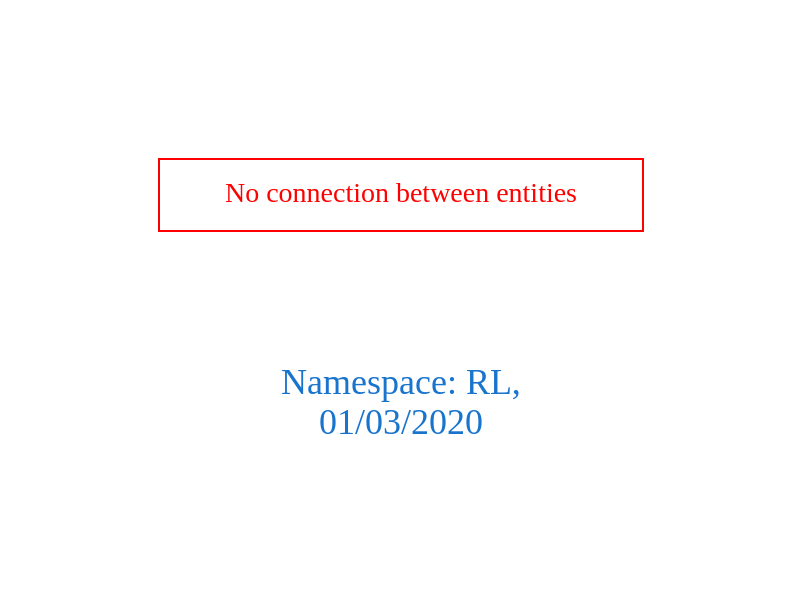
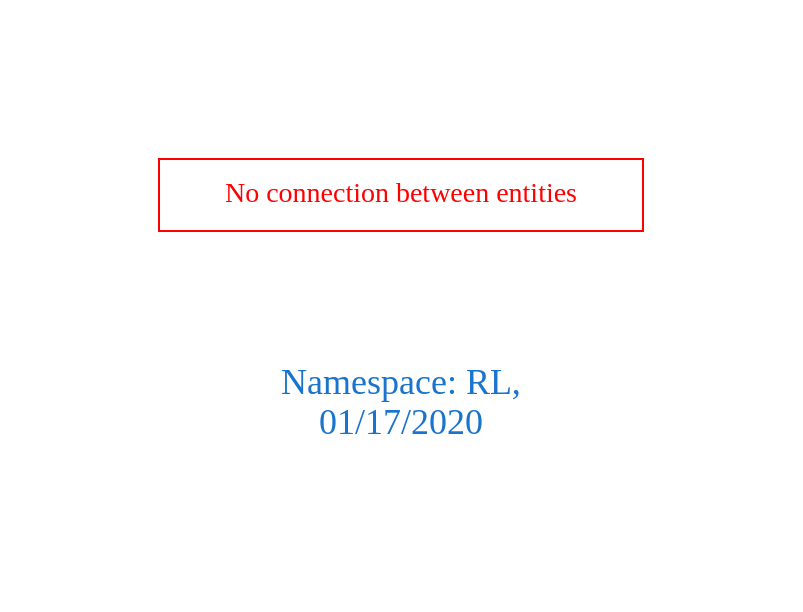
Before and after one commit to arago/OGIT: the diagram in downloads/RL.dot, drawn with Graphviz. The commit also changed 1723 other files, not shown here.

```diff
--- a/downloads/RL.dot
+++ b/downloads/RL.dot
@@ -1,9 +1,9 @@
 digraph OGIT_ontology {
  graph [ rankdir= LR,pad=1 
 fontsize = 18,
-fontcolor= dodgerblue3,label = "\n\n\nNamespace: RL, \n 01/03/2020"];
+fontcolor= dodgerblue3,label = "\n\n\nNamespace: RL, \n 01/17/2020"];
 node[shape=polygon];
 edge [  color="gray81"];
 
 "No connection between entities" [fontcolor = "red",color="red", shape="polygon"]
 }
```
